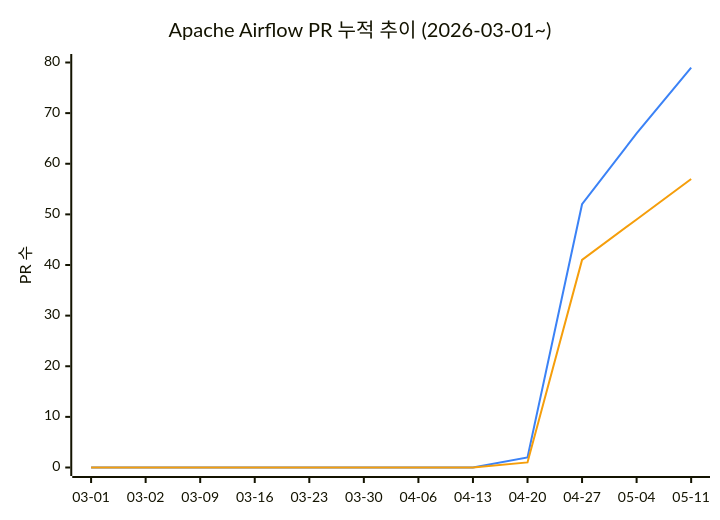
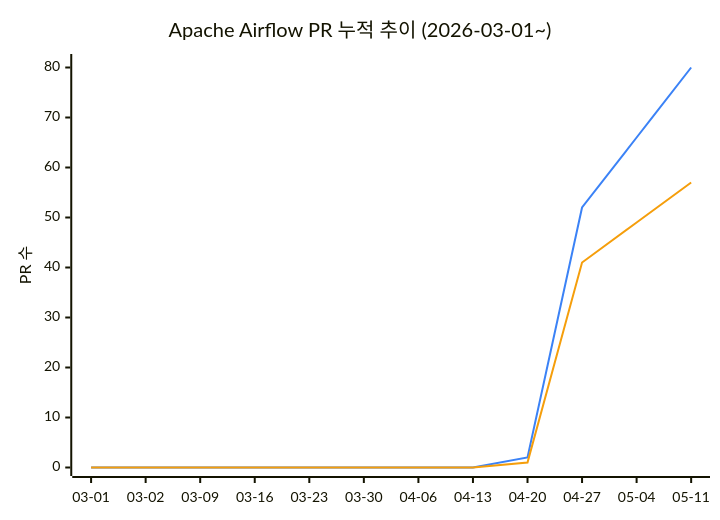
One commit to AirflowKorea/ossca changed the diagram in README.md. Above: the diagram before and after it, drawn with Mermaid. The commit also changed other lines of this file, not shown here.

````diff
--- a/README.md
+++ b/README.md
@@ -11,9 +11,9 @@
 ```mermaid
 %%{init: {"themeVariables": {"xyChart": {"plotColorPalette": "#3b82f6, #f59e0b"}}}}%%
 xychart-beta
     title "Apache Airflow PR 누적 추이 (2026-03-01~)"
     x-axis ["03-01", "03-02", "03-09", "03-16", "03-23", "03-30", "04-06", "04-13", "04-20", "04-27", "05-04", "05-11"]
-    y-axis "PR 수" 0 --> 80
-    line [0, 0, 0, 0, 0, 0, 0, 0, 2, 52, 66, 79]
+    y-axis "PR 수" 0 --> 81
+    line [0, 0, 0, 0, 0, 0, 0, 0, 2, 52, 66, 80]
     line [0, 0, 0, 0, 0, 0, 0, 0, 1, 41, 49, 57]
 ```
````
